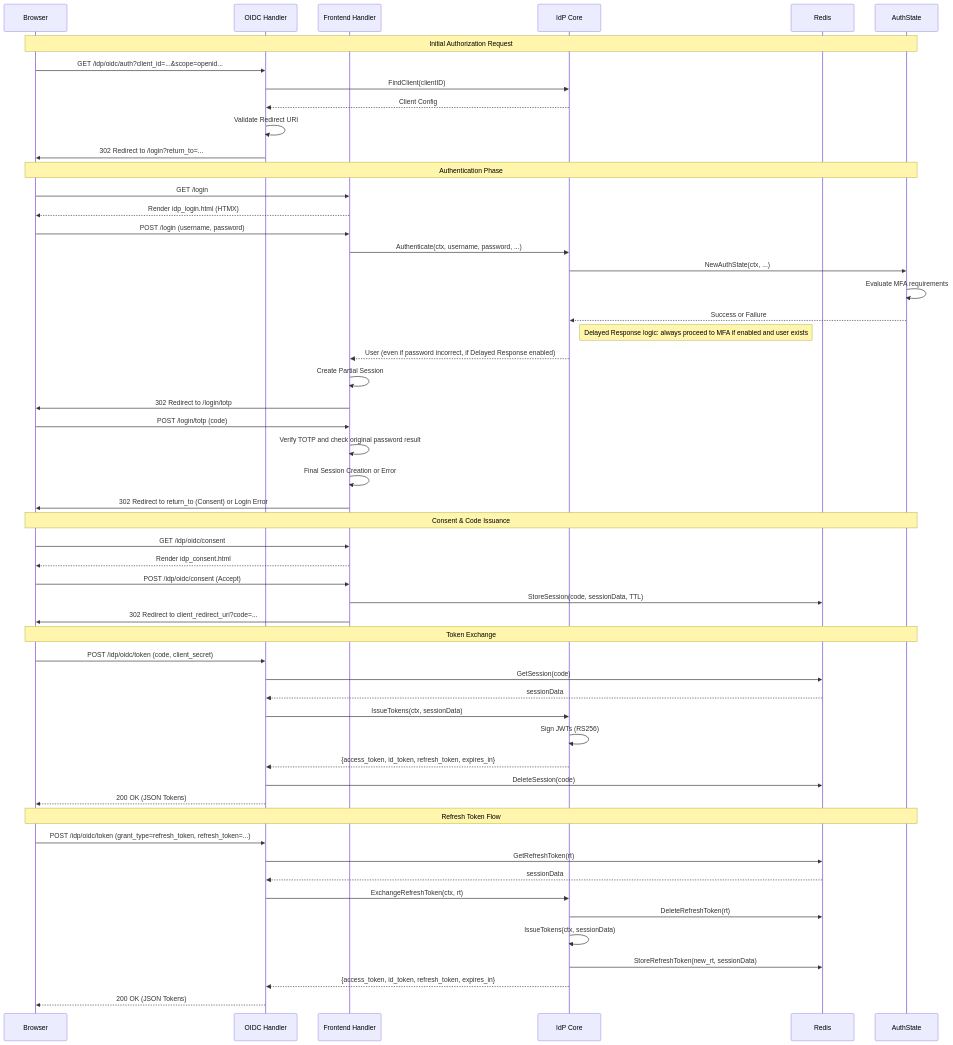
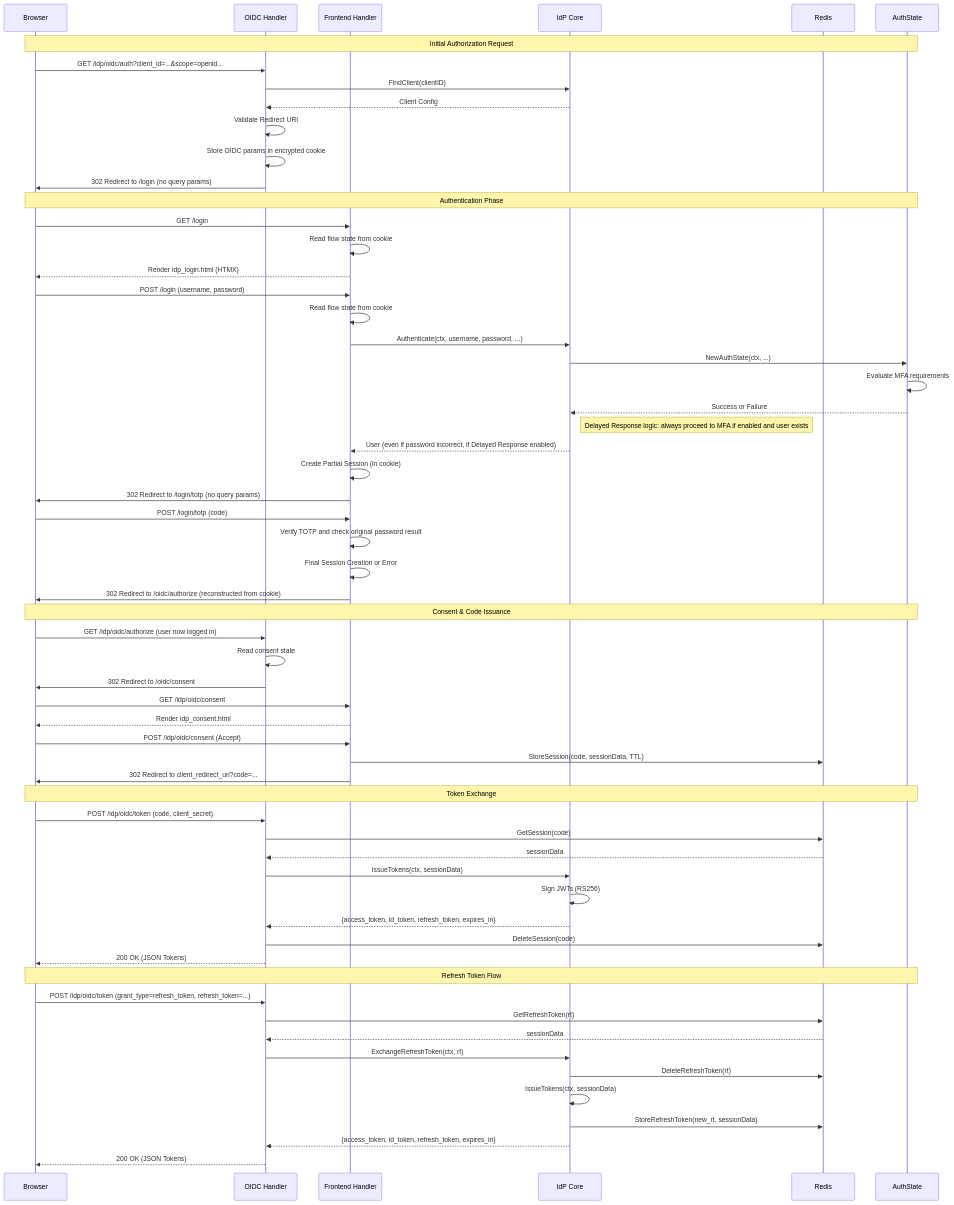
One commit to croessner/nauthilus changed the second of 6 diagrams in server/docs/idp.md. Above: the diagram before and after it, drawn with Mermaid. The commit also changed other lines of this file and 22 other files, not shown here.

First line of the commit message:
Feat: Implement IdP flow state management and CSRF protection enhancements

````diff
--- a/server/docs/idp.md
+++ b/server/docs/idp.md
@@ -61,56 +65,62 @@
 ```mermaid
 sequenceDiagram
     participant B as Browser
     participant H as OIDC Handler
     participant F as Frontend Handler
     participant I as IdP Core
     participant R as Redis
     participant A as AuthState
     Note over B, A: Initial Authorization Request
     B ->> H: GET /idp/oidc/auth?client_id=...&scope=openid...
     H ->> I: FindClient(clientID)
     I -->> H: Client Config
     H ->> H: Validate Redirect URI
-    H ->> B: 302 Redirect to /login?return_to=...
+    H ->> H: Store OIDC params in encrypted cookie
+    H ->> B: 302 Redirect to /login (no query params)
     Note over B, A: Authentication Phase
     B ->> F: GET /login
+    F ->> F: Read flow state from cookie
     F -->> B: Render idp_login.html (HTMX)
     B ->> F: POST /login (username, password)
+    F ->> F: Read flow state from cookie
     F ->> I: Authenticate(ctx, username, password, ...)
     I ->> A: NewAuthState(ctx, ...)
     A ->> A: Evaluate MFA requirements
     A -->> I: Success or Failure
     Note right of I: Delayed Response logic: always proceed to MFA if enabled and user exists
     I -->> F: User (even if password incorrect, if Delayed Response enabled)
-    F ->> F: Create Partial Session
-    F ->> B: 302 Redirect to /login/totp
+    F ->> F: Create Partial Session (in cookie)
+    F ->> B: 302 Redirect to /login/totp (no query params)
     B ->> F: POST /login/totp (code)
     F ->> F: Verify TOTP and check original password result
     F ->> F: Final Session Creation or Error
-    F ->> B: 302 Redirect to return_to (Consent) or Login Error
+    F ->> B: 302 Redirect to /oidc/authorize (reconstructed from cookie)
     Note over B, A: Consent & Code Issuance
+    B ->> H: GET /idp/oidc/authorize (user now logged in)
+    H ->> H: Read consent state
+    H ->> B: 302 Redirect to /oidc/consent
     B ->> F: GET /idp/oidc/consent
     F -->> B: Render idp_consent.html
     B ->> F: POST /idp/oidc/consent (Accept)
     F ->> R: StoreSession(code, sessionData, TTL)
     F ->> B: 302 Redirect to client_redirect_uri?code=...
     Note over B, A: Token Exchange
     B ->> H: POST /idp/oidc/token (code, client_secret)
     H ->> R: GetSession(code)
     R -->> H: sessionData
     H ->> I: IssueTokens(ctx, sessionData)
     I ->> I: Sign JWTs (RS256)
     I -->> H: {access_token, id_token, refresh_token, expires_in}
     H ->> R: DeleteSession(code)
     H -->> B: 200 OK (JSON Tokens)
     Note over B, A: Refresh Token Flow
     B ->> H: POST /idp/oidc/token (grant_type=refresh_token, refresh_token=...)
     H ->> R: GetRefreshToken(rt)
     R -->> H: sessionData
     H ->> I: ExchangeRefreshToken(ctx, rt)
     I ->> R: DeleteRefreshToken(rt)
     I ->> I: IssueTokens(ctx, sessionData)
     I ->> R: StoreRefreshToken(new_rt, sessionData)
     I -->> H: {access_token, id_token, refresh_token, expires_in}
     H -->> B: 200 OK (JSON Tokens)
 ```
````
